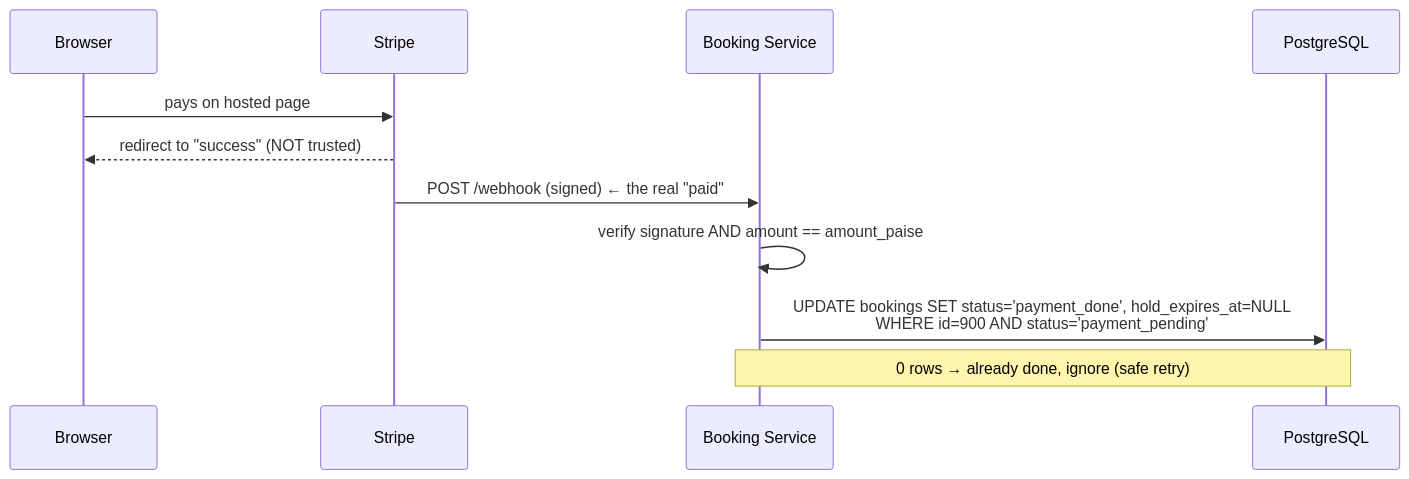
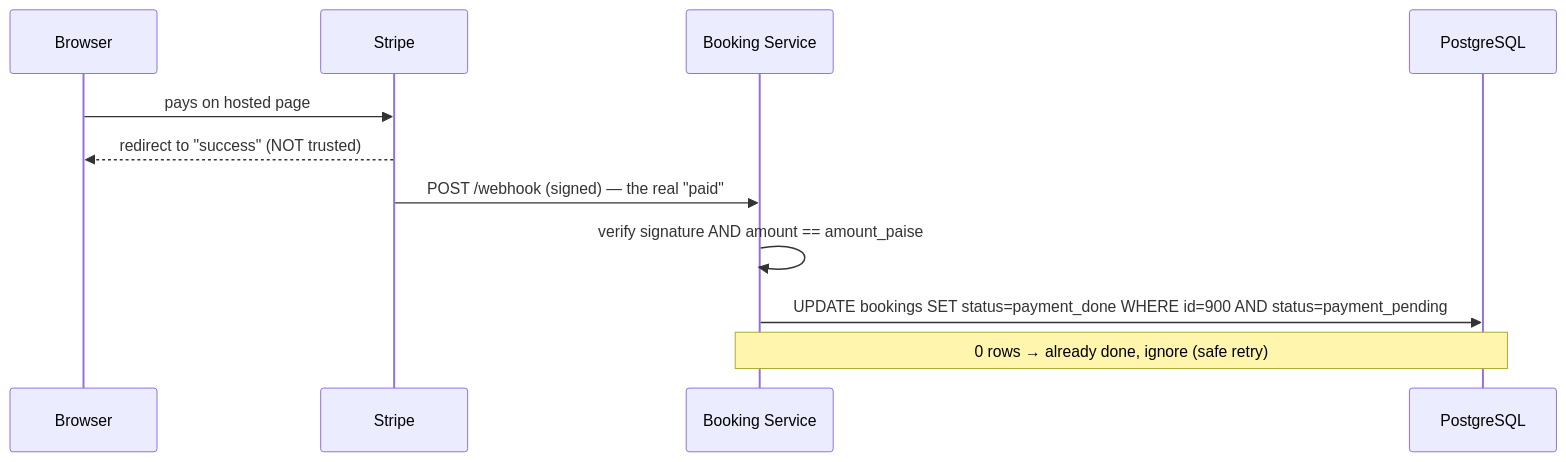
The fourth of 5 diagrams in system-design/new/03. bookMyShow.md (psquared-dev/java-questions), drawn with Mermaid before and after one commit. The commit also changed other lines of this file, not shown here.

````diff
--- a/system-design/new/03. bookMyShow.md
+++ b/system-design/new/03. bookMyShow.md
@@ -751,13 +909,13 @@
 ```mermaid
 sequenceDiagram
     participant U as Browser
     participant S as Stripe
     participant BK as Booking Service
     participant PG as PostgreSQL
     U ->> S: pays on hosted page
     S -->> U: redirect to "success" (NOT trusted)
-    S ->> BK: POST /webhook (signed) ← the real "paid"
+    S ->> BK: POST /webhook (signed) — the real "paid"
     BK ->> BK: verify signature AND amount == amount_paise
-    BK ->> PG: UPDATE bookings SET status='payment_done', hold_expires_at=NULL<br/>WHERE id=900 AND status='payment_pending'
+    BK ->> PG: UPDATE bookings SET status=payment_done WHERE id=900 AND status=payment_pending
     Note over BK, PG: 0 rows → already done, ignore (safe retry)
 ```
````
